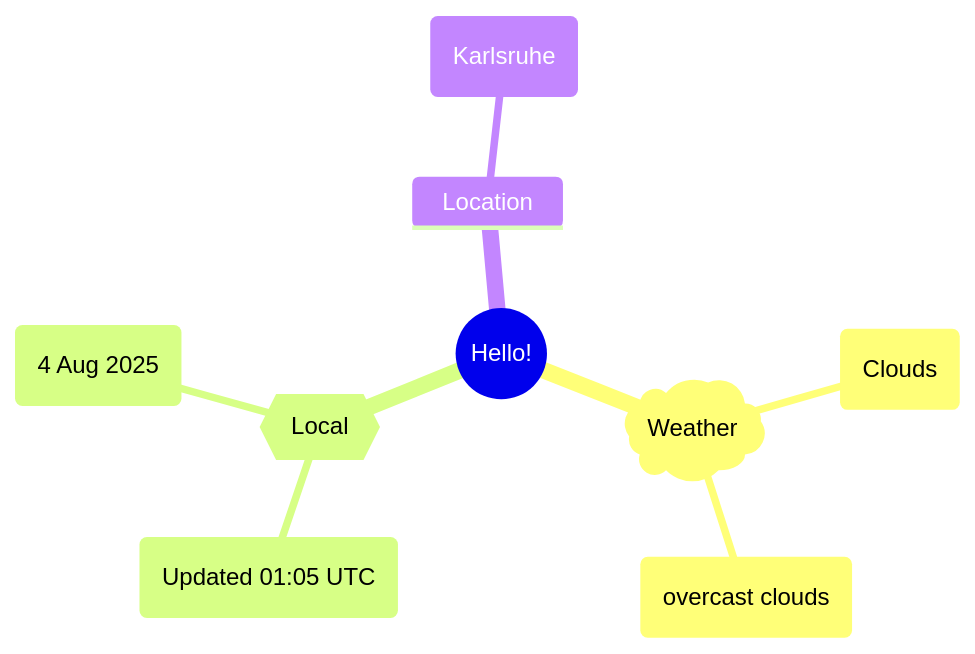
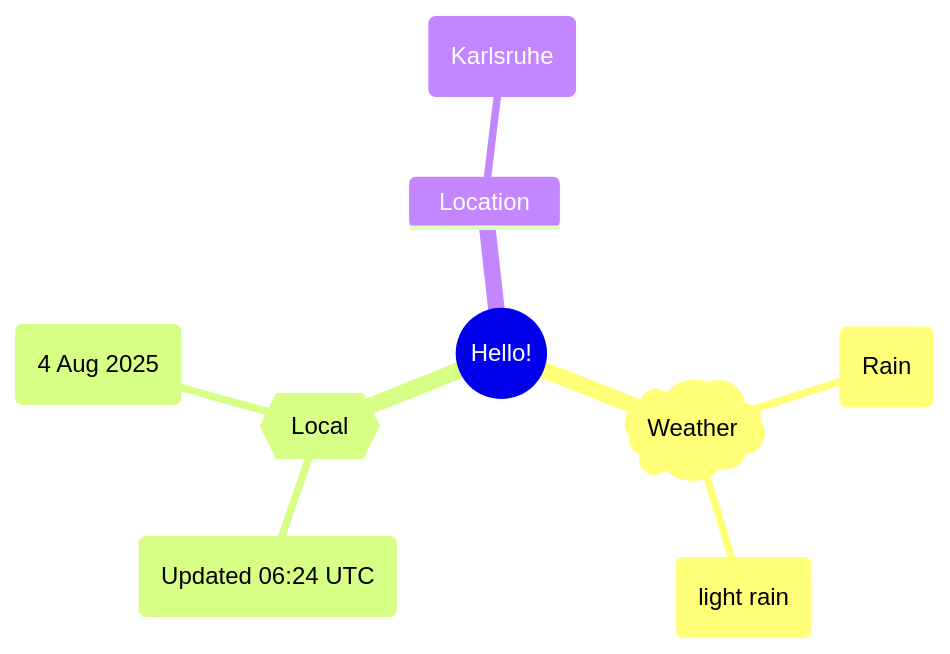
Before and after one commit to Xosrov/Xosrov: the first of 2 diagrams in README.md, drawn with Mermaid.

Commit message:
[bot] updated images

````diff
--- a/README.md
+++ b/README.md
@@ -3,12 +3,12 @@
 ```mermaid
 mindmap
   root((Hello!))
     )Weather(
-        (Clouds)
-        (overcast clouds)
+        (Rain)
+        (light rain)
     {{Local}}
-        (Updated 01:05 UTC)
+        (Updated 06:24 UTC)
         (4 Aug 2025)
     Location
         (Karlsruhe)
 ```
````
